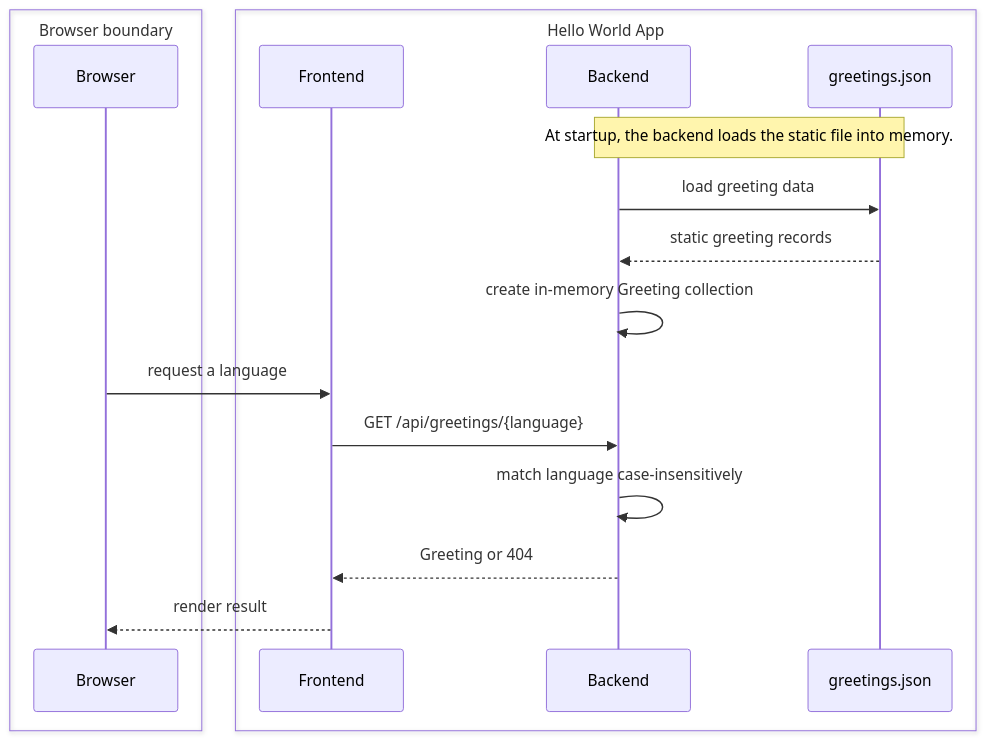
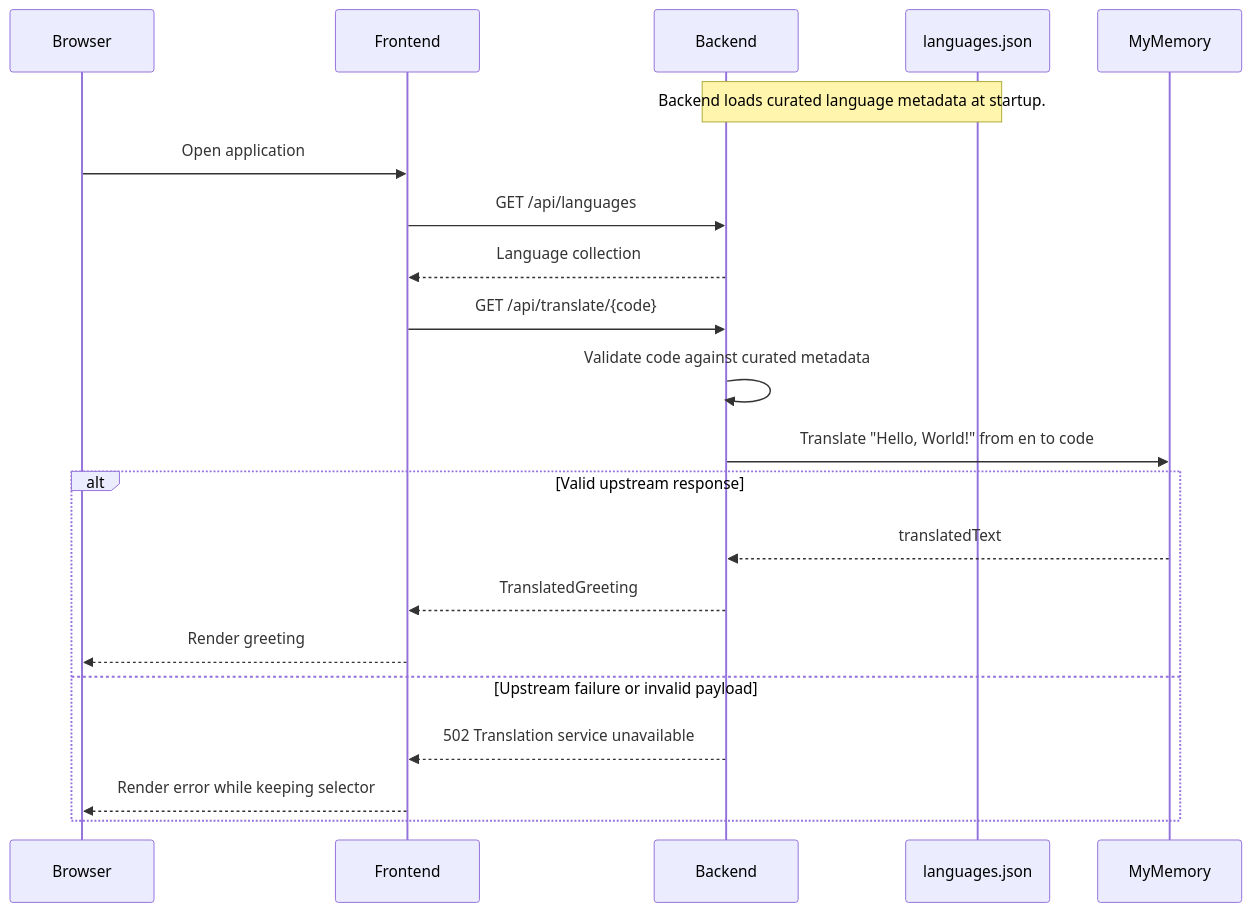
The diagram in docs/architecture/03-api.md (tcamise-gpsw/ai-golden-repo), drawn with Mermaid before and after one commit. The commit also changed other lines of this file and 6 other files, not shown here.

First line of the commit message:
docs: document external translation architecture

````diff
--- a/docs/architecture/03-api.md
+++ b/docs/architecture/03-api.md
@@ -48,22 +28,24 @@
 ```mermaid
 sequenceDiagram
-    box Browser boundary
-        participant Browser
+    participant Browser
+    participant Frontend
+    participant Backend
+    participant Data as languages.json
+    participant MyMemory
+
+    Note over Backend,Data: Backend loads curated language metadata at startup.
+    Browser->>Frontend: Open application
+    Frontend->>Backend: GET /api/languages
+    Backend-->>Frontend: Language collection
+    Frontend->>Backend: GET /api/translate/{code}
+    Backend->>Backend: Validate code against curated metadata
+    Backend->>MyMemory: Translate "Hello, World!" from en to code
+    alt Valid upstream response
+        MyMemory-->>Backend: translatedText
+        Backend-->>Frontend: TranslatedGreeting
+        Frontend-->>Browser: Render greeting
+    else Upstream failure or invalid payload
+        Backend-->>Frontend: 502 Translation service unavailable
+        Frontend-->>Browser: Render error while keeping selector
     end
-
-    box Hello World App
-        participant Frontend
-        participant Backend
-        participant Data as greetings.json
-    end
-
-    Note over Backend,Data: At startup, the backend loads the static file into memory.
-    Backend->>Data: load greeting data
-    Data-->>Backend: static greeting records
-    Backend->>Backend: create in-memory Greeting collection
-    Browser->>Frontend: request a language
-    Frontend->>Backend: GET /api/greetings/{language}
-    Backend->>Backend: match language case-insensitively
-    Backend-->>Frontend: Greeting or 404
-    Frontend-->>Browser: render result
 ```
````
